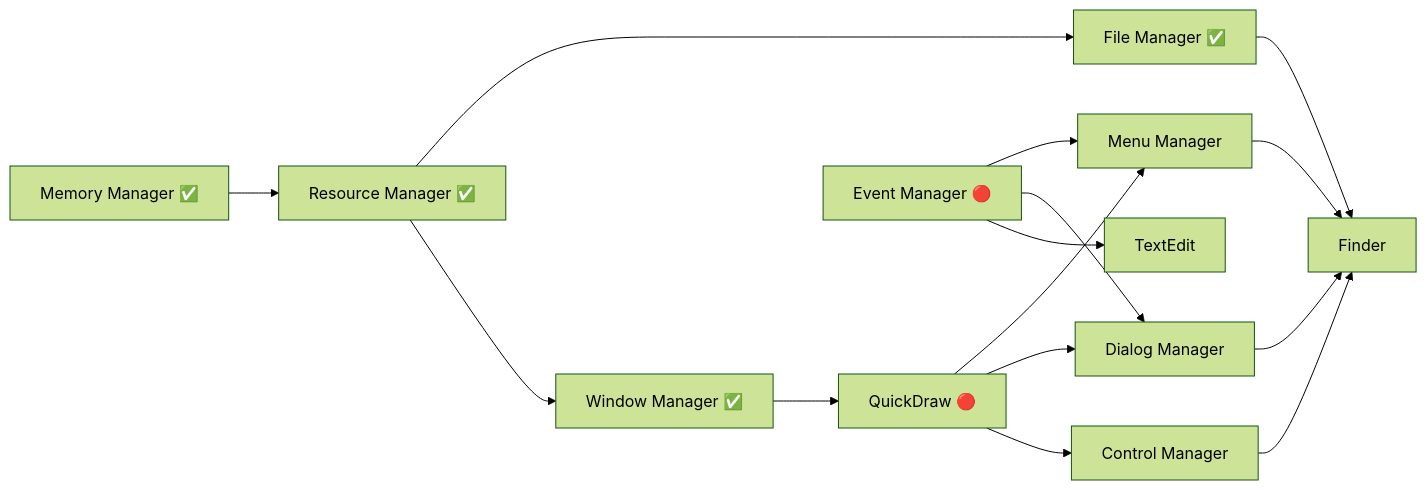
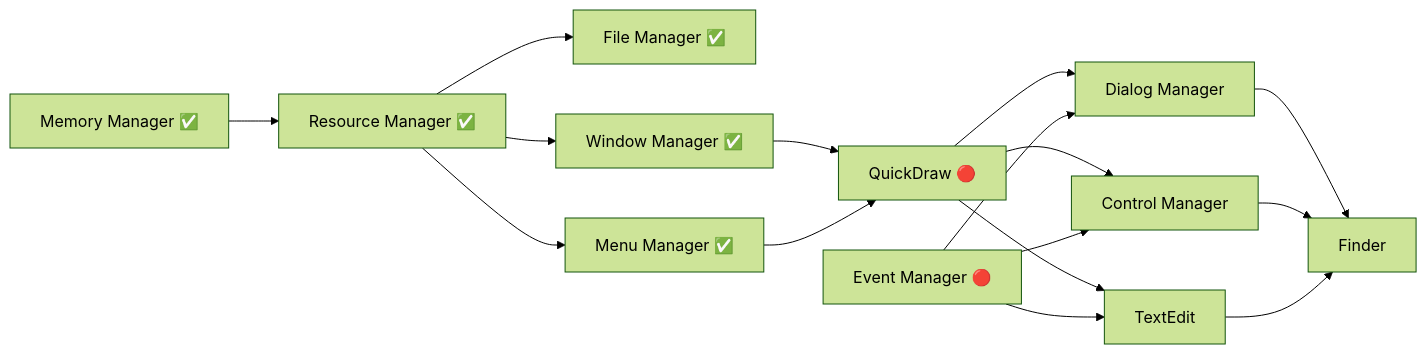
Before and after one commit to Kelsidavis/System7: the diagram in docs/PRIORITY_ROADMAP.md, drawn with Mermaid (forest theme). The commit also changed other lines of this file, not shown here.

First line of the commit message:
Update roadmap after Menu Manager integration

````diff
--- a/docs/PRIORITY_ROADMAP.md
+++ b/docs/PRIORITY_ROADMAP.md
@@ -209,17 +48,18 @@
 ```mermaid
 graph LR
     MM[Memory Manager ✅] --> RM[Resource Manager ✅]
     RM --> FM[File Manager ✅]
     RM --> WM[Window Manager ✅]
+    RM --> MenuM[Menu Manager ✅]
     WM --> QD[QuickDraw 🔴]
-    QD --> MenuM[Menu Manager]
+    MenuM --> QD
     QD --> DM[Dialog Manager]
     QD --> CM[Control Manager]
-    MenuM --> Finder
+    QD --> TE[TextEdit]
+    EM[Event Manager 🔴] --> DM
+    EM --> CM
+    EM --> TE
     DM --> Finder
     CM --> Finder
-    FM --> Finder
-    EM[Event Manager 🔴] --> MenuM
-    EM --> DM
-    EM --> TextEdit
+    TE --> Finder
 ```
````
